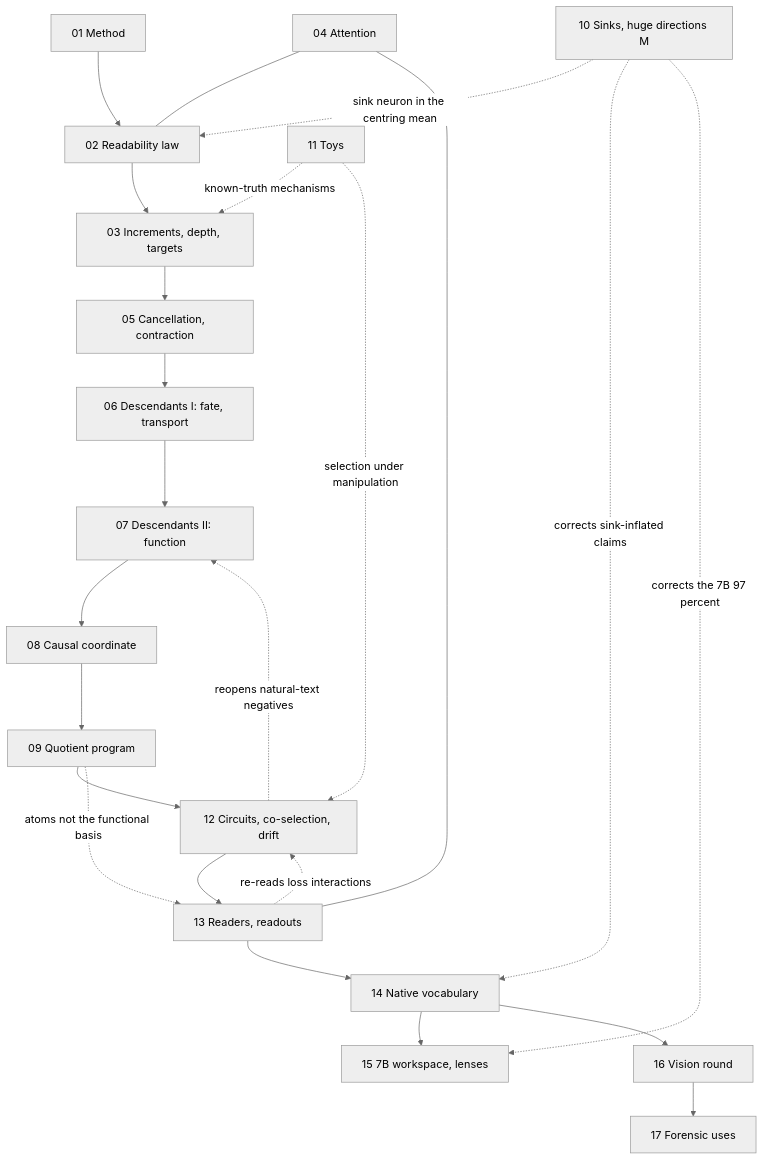
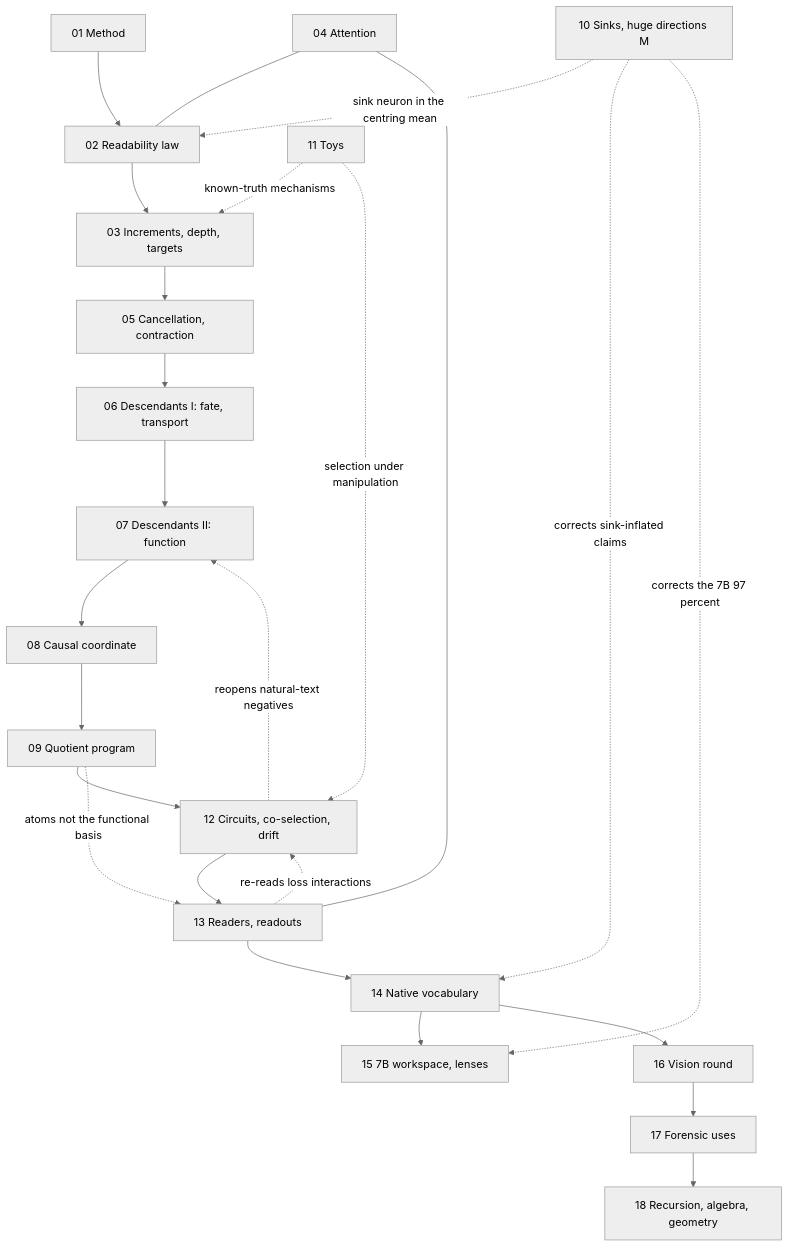
The diagram in README.md (sunmoonron/wdd-descendants), drawn with Mermaid (neutral theme) before and after one commit. The commit also changed other lines of this file and 22 other files, not shown here.

````diff
--- a/README.md
+++ b/README.md
@@ -37,26 +38,27 @@
 ```mermaid
 flowchart TD
   A01["01 Method"] --> A02["02 Readability law"]
   A02 --> A03["03 Increments, depth, targets"]
   A03 --> A05["05 Cancellation, contraction"]
   A05 --> A06["06 Descendants I: fate, transport"]
   A06 --> A07["07 Descendants II: function"]
   A07 --> A08["08 Causal coordinate"]
   A08 --> A09["09 Quotient program"]
   A09 --> A12["12 Circuits, co-selection, drift"]
   A12 --> A13["13 Readers, readouts"]
   A13 --> A14["14 Native vocabulary"]
   A14 --> A15["15 7B workspace, lenses"]
   A14 --> A16["16 Vision round"]
   A16 --> A17["17 Forensic uses"]
+  A17 --> A18["18 Recursion, algebra, geometry"]
   A04["04 Attention"] --- A02
   A04 --- A13
   A10["10 Sinks, huge directions M"] -.->|sink neuron in the centring mean| A02
   A10 -.->|corrects sink-inflated claims| A14
   A10 -.->|corrects the 7B 97 percent| A15
   A11["11 Toys"] -.->|known-truth mechanisms| A03
   A11 -.->|selection under manipulation| A12
   A12 -.->|reopens natural-text negatives| A07
   A13 -.->|re-reads loss interactions| A12
   A09 -.->|atoms not the functional basis| A13
 ```
````
